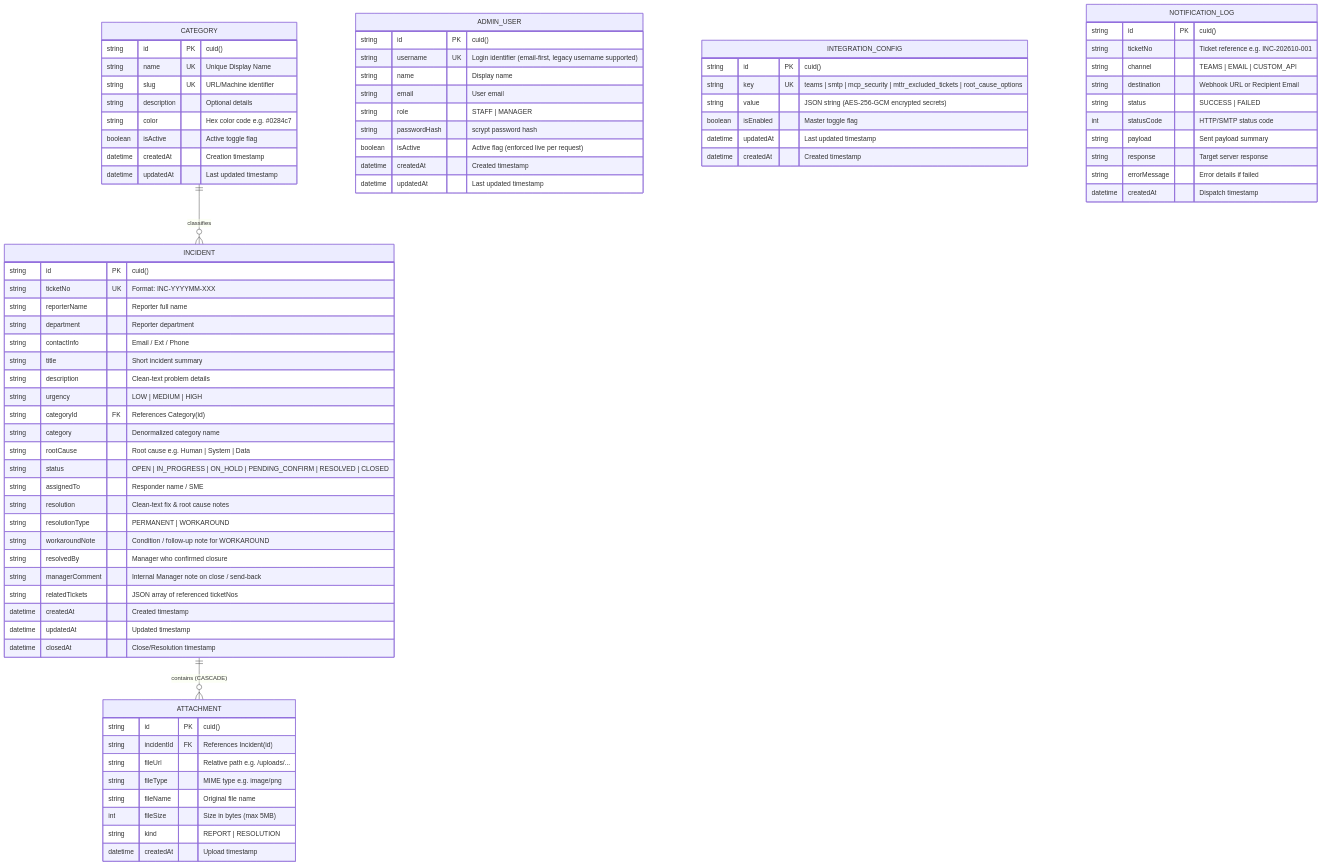
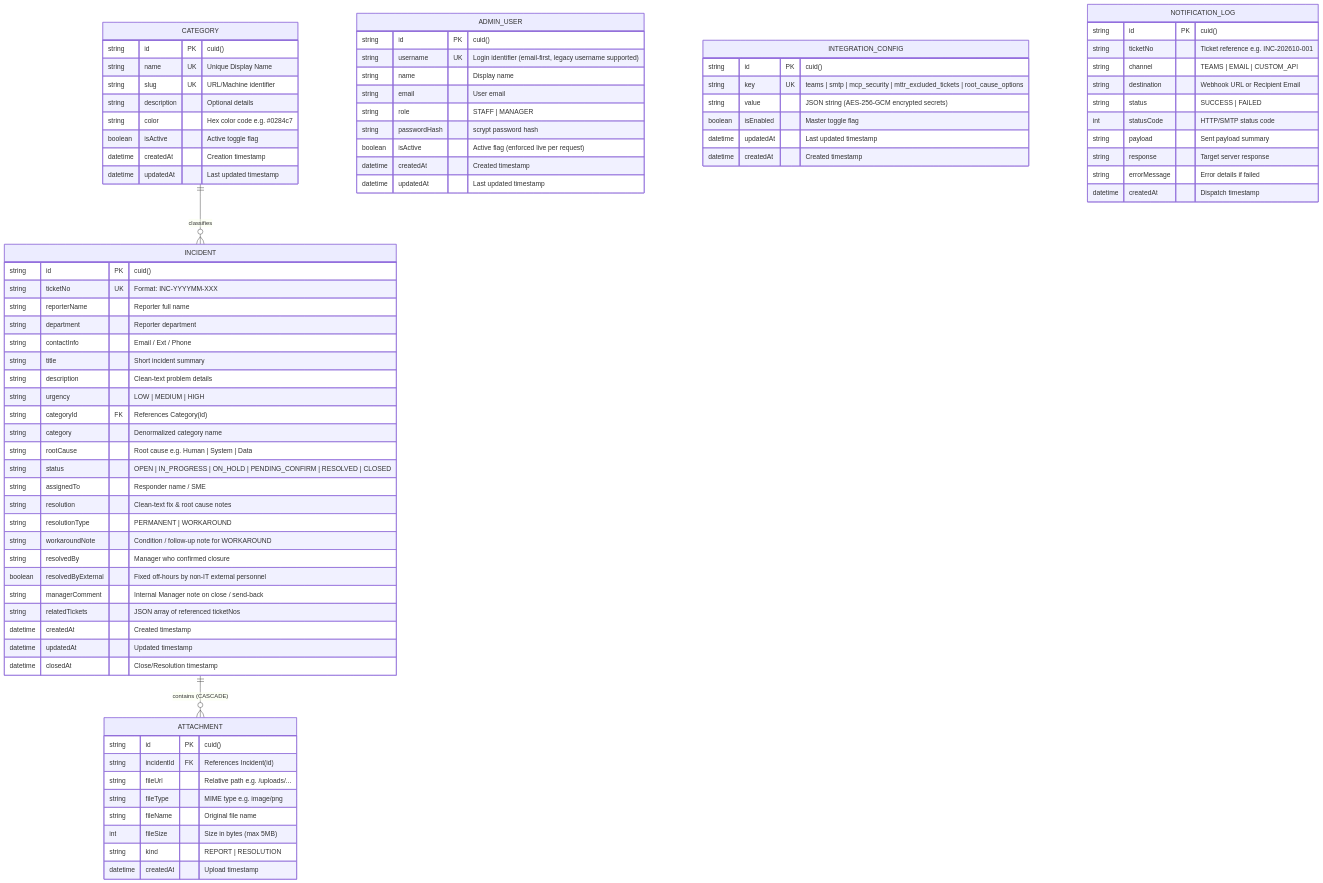
Before and after one commit to lookmhen/incident-tracker: the first of 2 diagrams in DATA_DICTIONARY.md, drawn with Mermaid. The commit also changed other lines of this file and 19 other files, not shown here.

```diff
--- a/DATA_DICTIONARY.md
+++ b/DATA_DICTIONARY.md
@@ -43,6 +43,7 @@
         string resolutionType "PERMANENT | WORKAROUND"
         string workaroundNote "Condition / follow-up note for WORKAROUND"
         string resolvedBy "Manager who confirmed closure"
+        boolean resolvedByExternal "Fixed off-hours by non-IT external personnel"
         string managerComment "Internal Manager note on close / send-back"
         string relatedTickets "JSON array of referenced ticketNos"
         datetime createdAt "Created timestamp"
```
